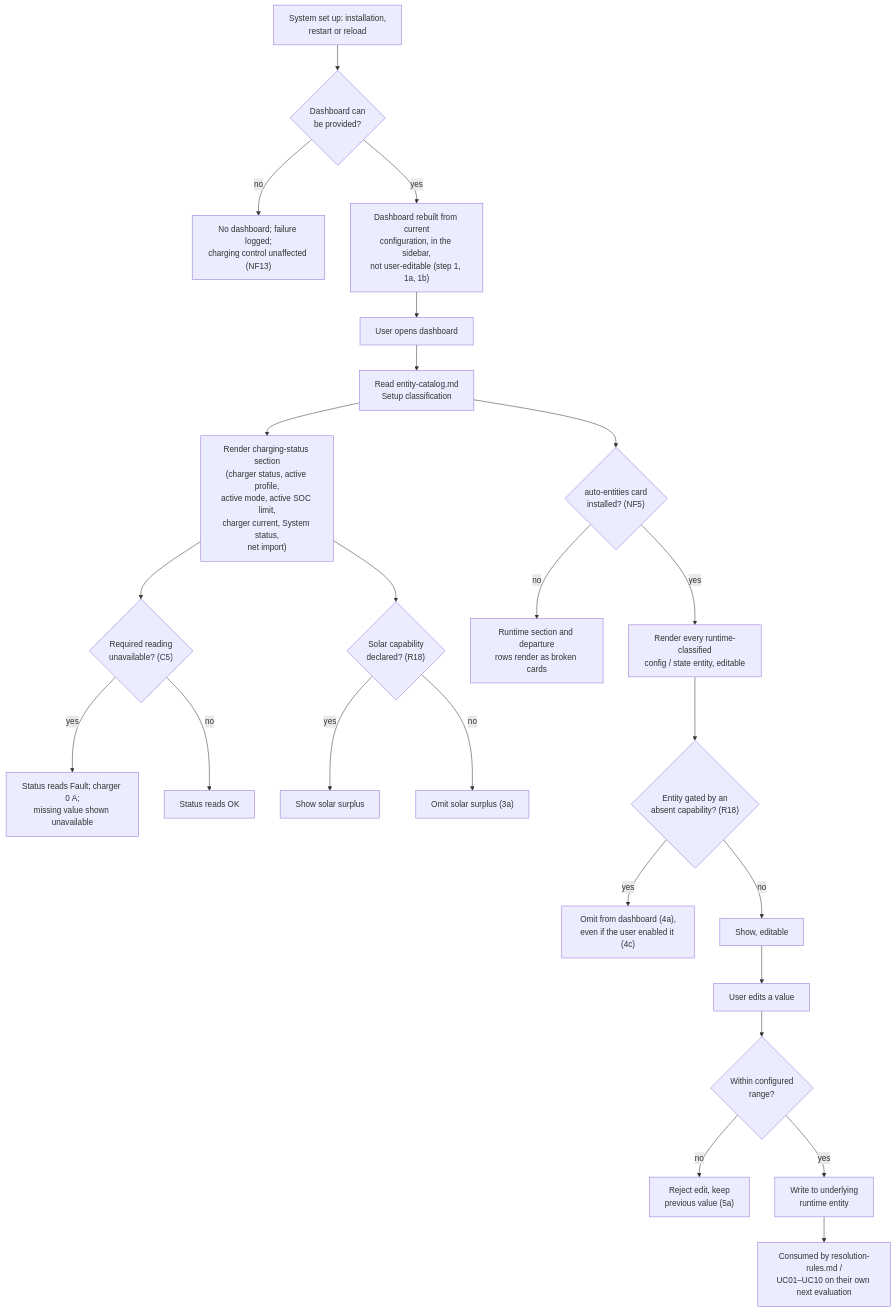
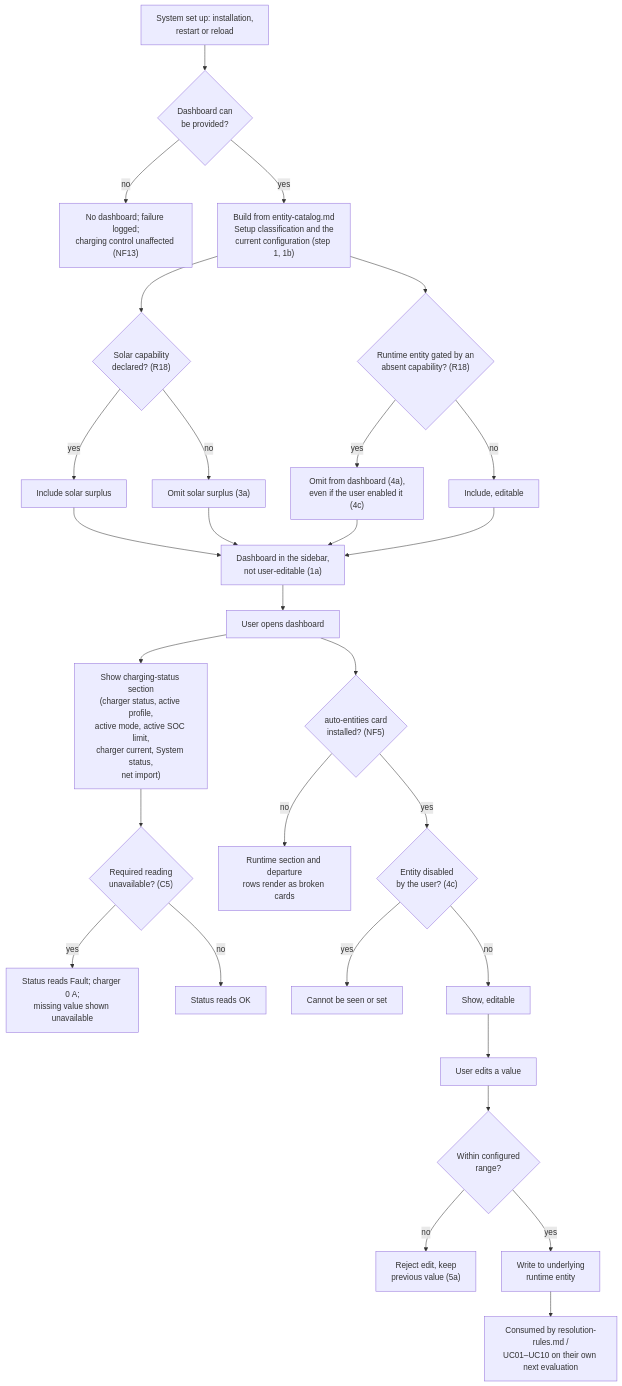
The diagram in docs/analysis/use-cases/UC11-monitor-and-manage-charging-configuration.md (kristofdegrave/homeassistant-smart-charging), drawn with Mermaid before and after one commit. The commit also changed other lines of this file, not shown here.

````diff
--- a/docs/analysis/use-cases/UC11-monitor-and-manage-charging-configuration.md
+++ b/docs/analysis/use-cases/UC11-monitor-and-manage-charging-configuration.md
@@ -215,26 +215,31 @@
 ```mermaid
 flowchart TD
     Setup["System set up: installation,<br/>restart or reload"] --> Build{"Dashboard can<br/>be provided?"}
     Build -- no --> Absent["No dashboard; failure logged;<br/>charging control unaffected (NF13)"]
-    Build -- yes --> Provided["Dashboard rebuilt from current<br/>configuration, in the sidebar,<br/>not user-editable (step 1, 1a, 1b)"]
+    Build -- yes --> Catalog["Build from entity-catalog.md<br/>Setup classification and the<br/>current configuration (step 1, 1b)"]
+    Catalog --> SolarFilter{"Solar capability<br/>declared? (R18)"}
+    SolarFilter -- yes --> Surplus["Include solar surplus"]
+    SolarFilter -- no --> OmitSurplus["Omit solar surplus (3a)"]
+    Catalog --> Filter{"Runtime entity gated by an<br/>absent capability? (R18)"}
+    Filter -- yes --> Omit["Omit from dashboard (4a),<br/>even if the user enabled it (4c)"]
+    Filter -- no --> Include["Include, editable"]
+    Surplus --> Provided["Dashboard in the sidebar,<br/>not user-editable (1a)"]
+    OmitSurplus --> Provided
+    Omit --> Provided
+    Include --> Provided
     Provided --> Open["User opens dashboard"]
-    Open --> Catalog["Read entity-catalog.md<br/>Setup classification"]
-    Catalog --> Status["Render charging-status section<br/>(charger status, active profile,<br/>active mode, active SOC limit,<br/>charger current, System status,<br/>net import)"]
+    Open --> Status["Show charging-status section<br/>(charger status, active profile,<br/>active mode, active SOC limit,<br/>charger current, System status,<br/>net import)"]
     Status --> Fault{"Required reading<br/>unavailable? (C5)"}
     Fault -- yes --> ShowFault["Status reads Fault; charger 0 A;<br/>missing value shown unavailable"]
     Fault -- no --> ShowOk["Status reads OK"]
-    Status --> SolarFilter{"Solar capability<br/>declared? (R18)"}
-    SolarFilter -- yes --> Surplus["Show solar surplus"]
-    SolarFilter -- no --> OmitSurplus["Omit solar surplus (3a)"]
-    Catalog --> Card{"auto-entities card<br/>installed? (NF5)"}
+    Open --> Card{"auto-entities card<br/>installed? (NF5)"}
     Card -- no --> Broken["Runtime section and departure<br/>rows render as broken cards"]
-    Card -- yes --> Runtime["Render every runtime-classified<br/>config / state entity, editable"]
-    Runtime --> Filter{"Entity gated by an<br/>absent capability? (R18)"}
-    Filter -- yes --> Omit["Omit from dashboard (4a),<br/>even if the user enabled it (4c)"]
-    Filter -- no --> Show["Show, editable"]
+    Card -- yes --> Disabled{"Entity disabled<br/>by the user? (4c)"}
+    Disabled -- yes --> NoValue["Cannot be seen or set"]
+    Disabled -- no --> Show["Show, editable"]
     Show --> Edit["User edits a value"]
     Edit --> Validate{"Within configured<br/>range?"}
     Validate -- no --> Reject["Reject edit, keep<br/>previous value (5a)"]
     Validate -- yes --> Write["Write to underlying<br/>runtime entity"]
     Write --> Downstream["Consumed by resolution-rules.md /<br/>UC01–UC10 on their own next evaluation"]
 ```
````
